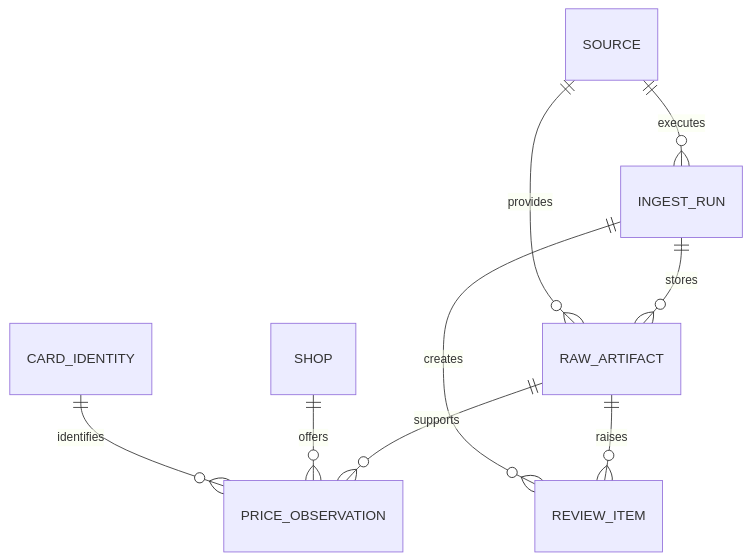
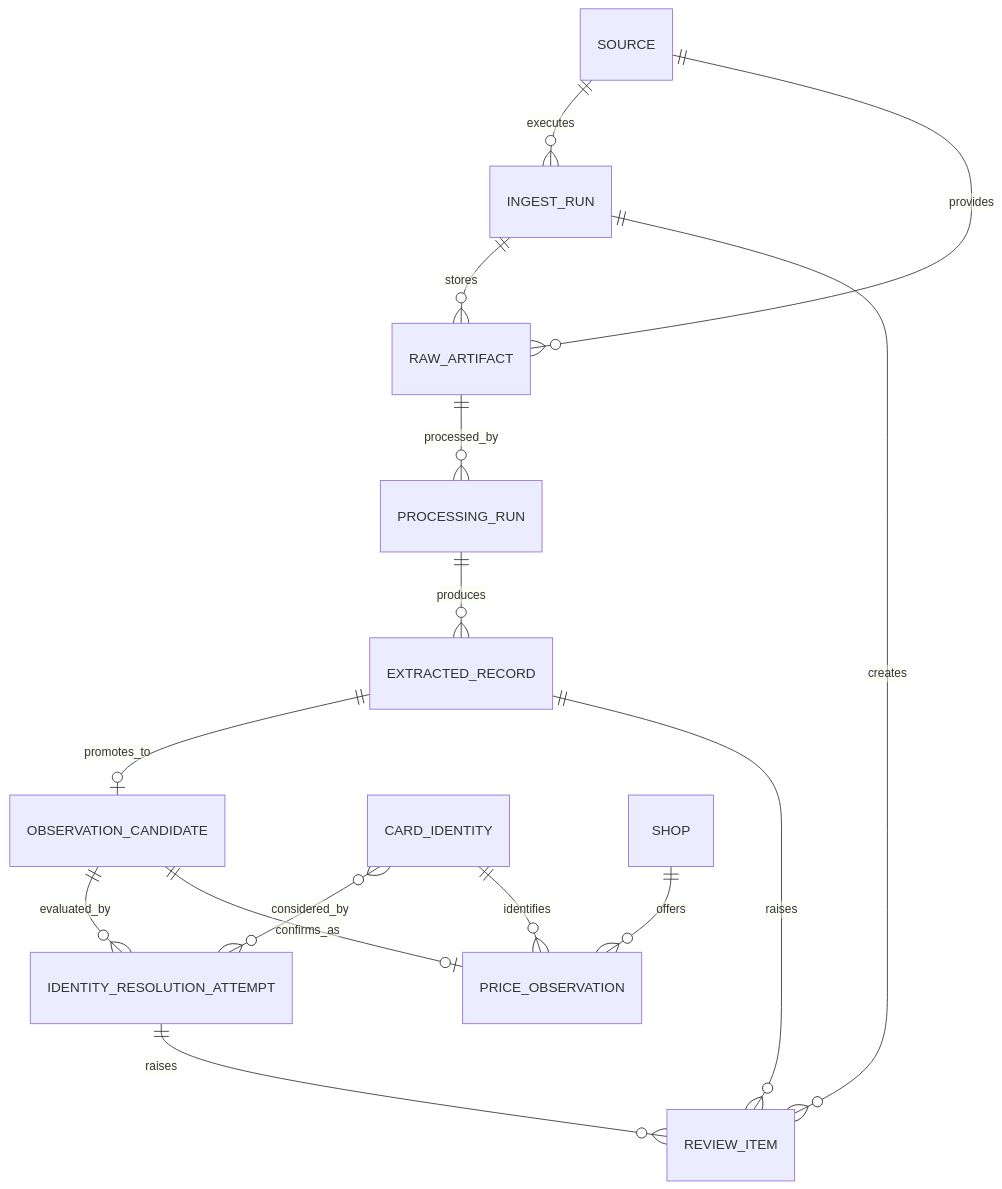
One commit to mgmaru/card-pulse changed the diagram in docs/architecture/data-model.md. Above: the diagram before and after it, drawn with Mermaid. The commit also changed other lines of this file and 8 other files, not shown here.

````diff
--- a/docs/architecture/data-model.md
+++ b/docs/architecture/data-model.md
@@ -25,11 +29,17 @@
 ```mermaid
 erDiagram
     SOURCE ||--o{ INGEST_RUN : executes
     INGEST_RUN ||--o{ RAW_ARTIFACT : stores
     SOURCE ||--o{ RAW_ARTIFACT : provides
-    RAW_ARTIFACT ||--o{ PRICE_OBSERVATION : supports
-    RAW_ARTIFACT ||--o{ REVIEW_ITEM : raises
+    RAW_ARTIFACT ||--o{ PROCESSING_RUN : processed_by
+    PROCESSING_RUN ||--o{ EXTRACTED_RECORD : produces
+    EXTRACTED_RECORD ||--o| OBSERVATION_CANDIDATE : promotes_to
+    OBSERVATION_CANDIDATE ||--o{ IDENTITY_RESOLUTION_ATTEMPT : evaluated_by
+    CARD_IDENTITY }o--o{ IDENTITY_RESOLUTION_ATTEMPT : considered_by
+    OBSERVATION_CANDIDATE ||--o| PRICE_OBSERVATION : confirms_as
     SHOP ||--o{ PRICE_OBSERVATION : offers
     CARD_IDENTITY ||--o{ PRICE_OBSERVATION : identifies
+    EXTRACTED_RECORD ||--o{ REVIEW_ITEM : raises
+    IDENTITY_RESOLUTION_ATTEMPT ||--o{ REVIEW_ITEM : raises
     INGEST_RUN ||--o{ REVIEW_ITEM : creates
 ```
````
